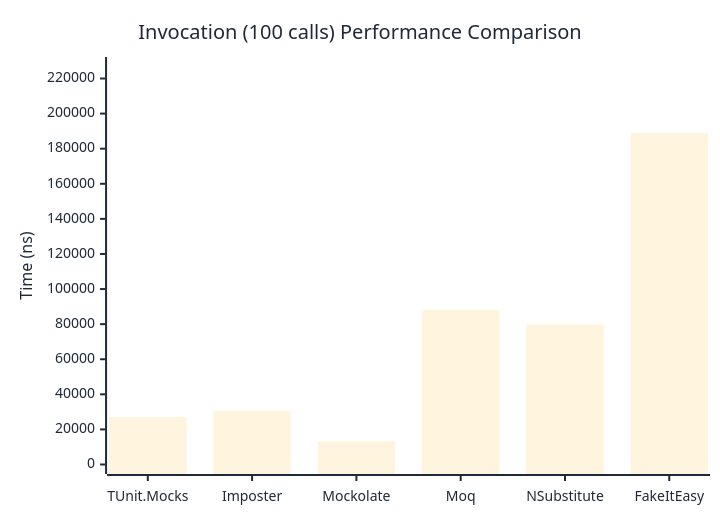
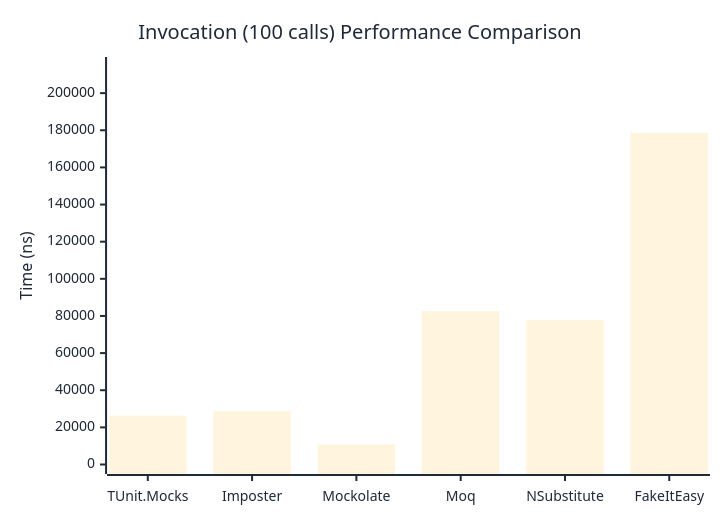
One commit to thomhurst/TUnit changed the third of 3 diagrams in docs/docs/benchmarks/mocks/Invocation.md. Above: the diagram before and after it, drawn with Mermaid. The commit also changed other lines of this file and 14 other files, not shown here.

````diff
--- a/docs/docs/benchmarks/mocks/Invocation.md
+++ b/docs/docs/benchmarks/mocks/Invocation.md
@@ -110,27 +110,27 @@
 ```mermaid
 %%{init: {
   'theme':'base',
   'themeVariables': {
     'primaryColor': '#2563eb',
     'primaryTextColor': '#1f2937',
     'primaryBorderColor': '#1e40af',
     'lineColor': '#6b7280',
     'secondaryColor': '#7c3aed',
     'tertiaryColor': '#dc2626',
     'background': '#ffffff',
     'pie1': '#2563eb',
     'pie2': '#7c3aed',
     'pie3': '#dc2626',
     'pie4': '#f59e0b',
     'pie5': '#10b981',
     'pie6': '#06b6d4',
     'pie7': '#ec4899',
     'pie8': '#6366f1'
   }
 }}%%
 xychart-beta
   title "Invocation (100 calls) Performance Comparison"
   x-axis ["TUnit.Mocks", "Imposter", "Mockolate", "Moq", "NSubstitute", "FakeItEasy"]
-  y-axis "Time (ns)" 0 --> 226842
-  bar [27090.1, 30628.9, 13117.9, 88139.7, 79799.2, 189034.3]
+  y-axis "Time (ns)" 0 --> 214342
+  bar [26290.97, 28718.82, 10815.48, 82620.36, 77829.77, 178618.18]
 ```
````
